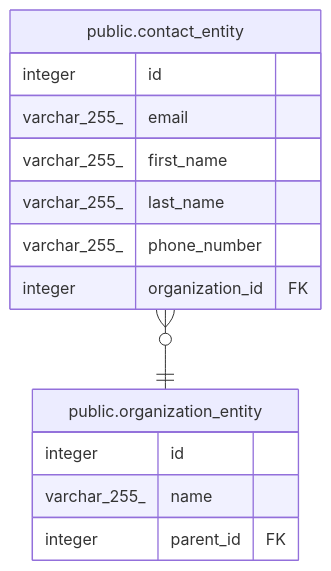
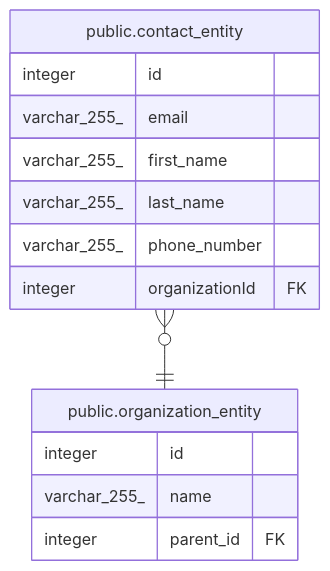
The diagram in doc/schema/public.contact_entity.md (gpo/grassroots), drawn with Mermaid before and after one commit. The commit also changed other lines of this file and 4 other files, not shown here.

````diff
--- a/doc/schema/public.contact_entity.md
+++ b/doc/schema/public.contact_entity.md
@@ -33,19 +33,19 @@
 ```mermaid
 erDiagram
 
 "public.contact_entity" }o--|| "public.organization_entity" : ""
 
 "public.contact_entity" {
   integer id
   varchar_255_ email
   varchar_255_ first_name
   varchar_255_ last_name
   varchar_255_ phone_number
-  integer organization_id FK
+  integer organizationId FK
 }
 "public.organization_entity" {
   integer id
   varchar_255_ name
   integer parent_id FK
 }
 ```
````
